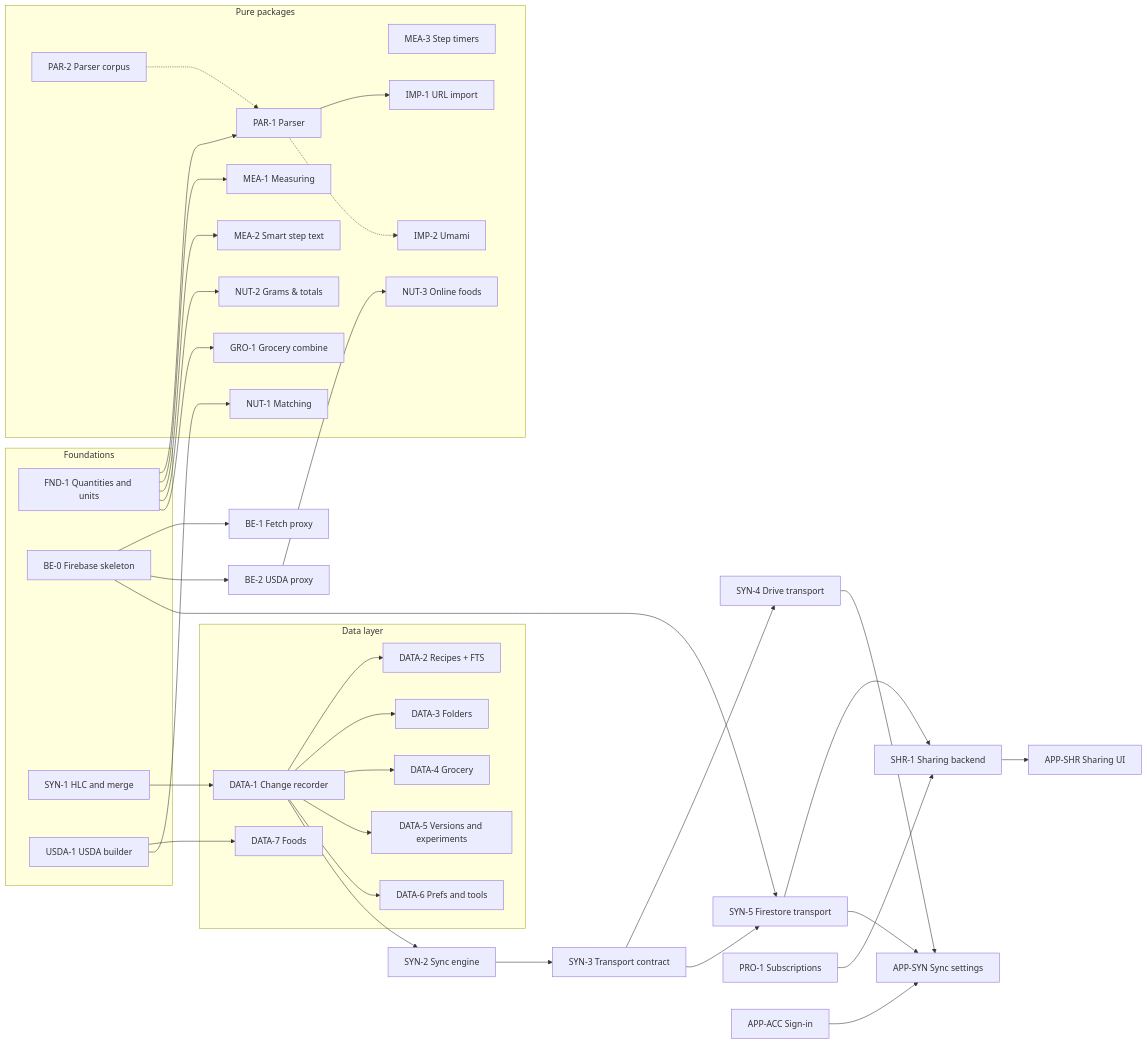
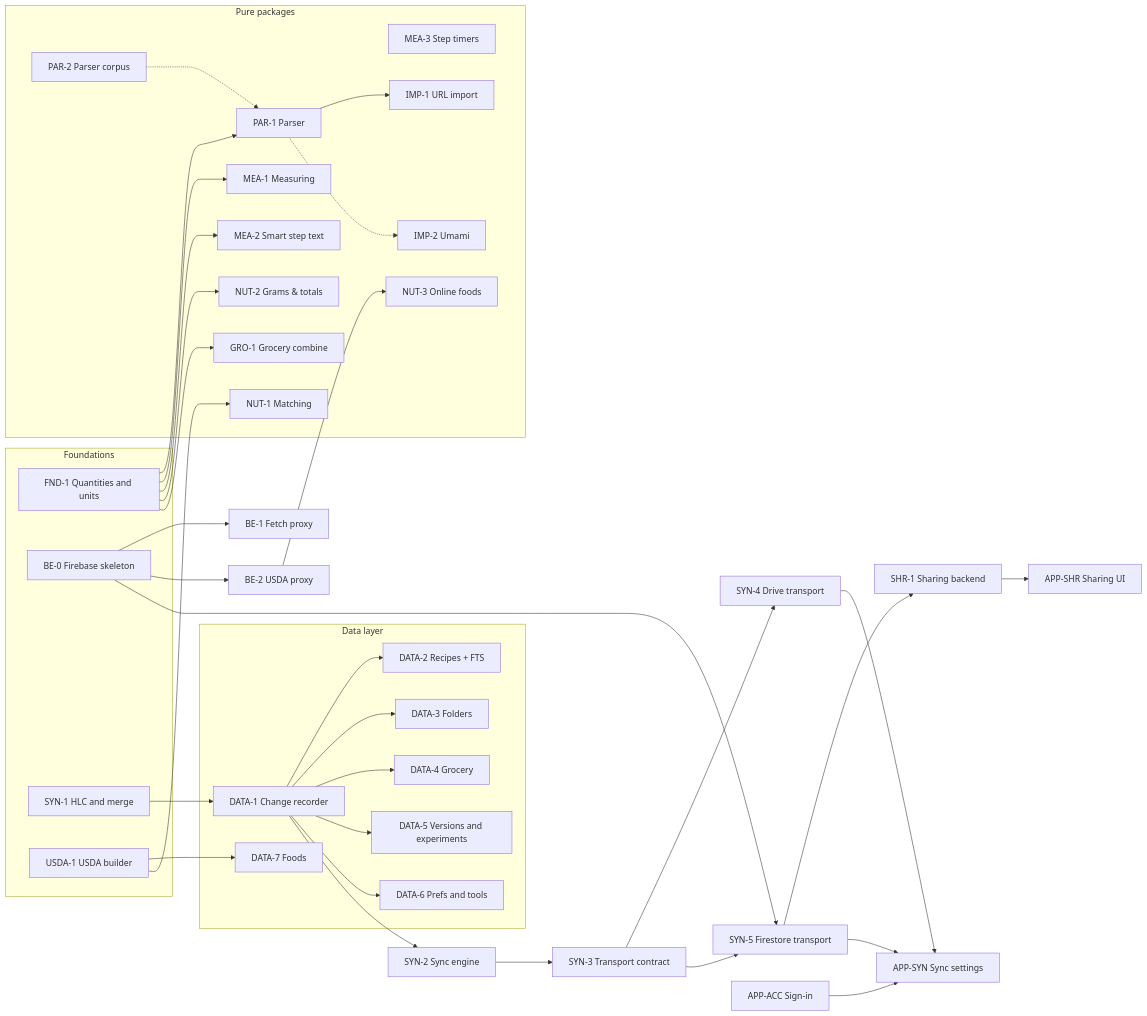
Before and after one commit to TytaniumDev/Sousvite: the diagram in docs/BUILD_PLAN.md, drawn with Mermaid. The commit also changed other lines of this file and 3 other files, not shown here.

````diff
--- a/docs/BUILD_PLAN.md
+++ b/docs/BUILD_PLAN.md
@@ -90,55 +90,54 @@
 ```mermaid
 flowchart LR
   subgraph foundations [Foundations]
     FND1[FND-1 Quantities and units]
     BE0[BE-0 Firebase skeleton]
     SYN1[SYN-1 HLC and merge]
     USDA1[USDA-1 USDA builder]
   end
 
   subgraph pure [Pure packages]
     PAR1[PAR-1 Parser]
     PAR2[PAR-2 Parser corpus]
     MEA1[MEA-1 Measuring]
     MEA2[MEA-2 Smart step text]
     MEA3[MEA-3 Step timers]
     IMP1[IMP-1 URL import]
     IMP2[IMP-2 Umami]
     NUT1[NUT-1 Matching]
     NUT2[NUT-2 Grams & totals]
     NUT3[NUT-3 Online foods]
     GRO1[GRO-1 Grocery combine]
   end
 
   subgraph data [Data layer]
     DATA1[DATA-1 Change recorder]
     DATA2[DATA-2 Recipes + FTS]
     DATA3[DATA-3 Folders]
     DATA4[DATA-4 Grocery]
     DATA5[DATA-5 Versions and experiments]
     DATA6[DATA-6 Prefs and tools]
     DATA7[DATA-7 Foods]
   end
 
   FND1 --> PAR1 --> IMP1
   PAR2 -.-> PAR1
   FND1 --> MEA1
   FND1 --> MEA2
   FND1 --> NUT2
   FND1 --> GRO1
   PAR1 -.-> IMP2
   USDA1 --> DATA7
   USDA1 --> NUT1
   BE0 --> BE1[BE-1 Fetch proxy]
   BE0 --> BE2[BE-2 USDA proxy] --> NUT3
   SYN1 --> DATA1 --> DATA2 & DATA3 & DATA4 & DATA5 & DATA6
   DATA1 --> SYN2[SYN-2 Sync engine] --> SYN3[SYN-3 Transport contract]
   SYN3 --> SYN4[SYN-4 Drive transport]
   SYN3 --> SYN5[SYN-5 Firestore transport]
   BE0 --> SYN5
   SYN5 --> SHR1[SHR-1 Sharing backend]
-  PRO1[PRO-1 Subscriptions] --> SHR1
   SHR1 --> APPSHR[APP-SHR Sharing UI]
   SYN4 & SYN5 --> APPSYN[APP-SYN Sync settings]
   APPACC[APP-ACC Sign-in] --> APPSYN
 ```
````
